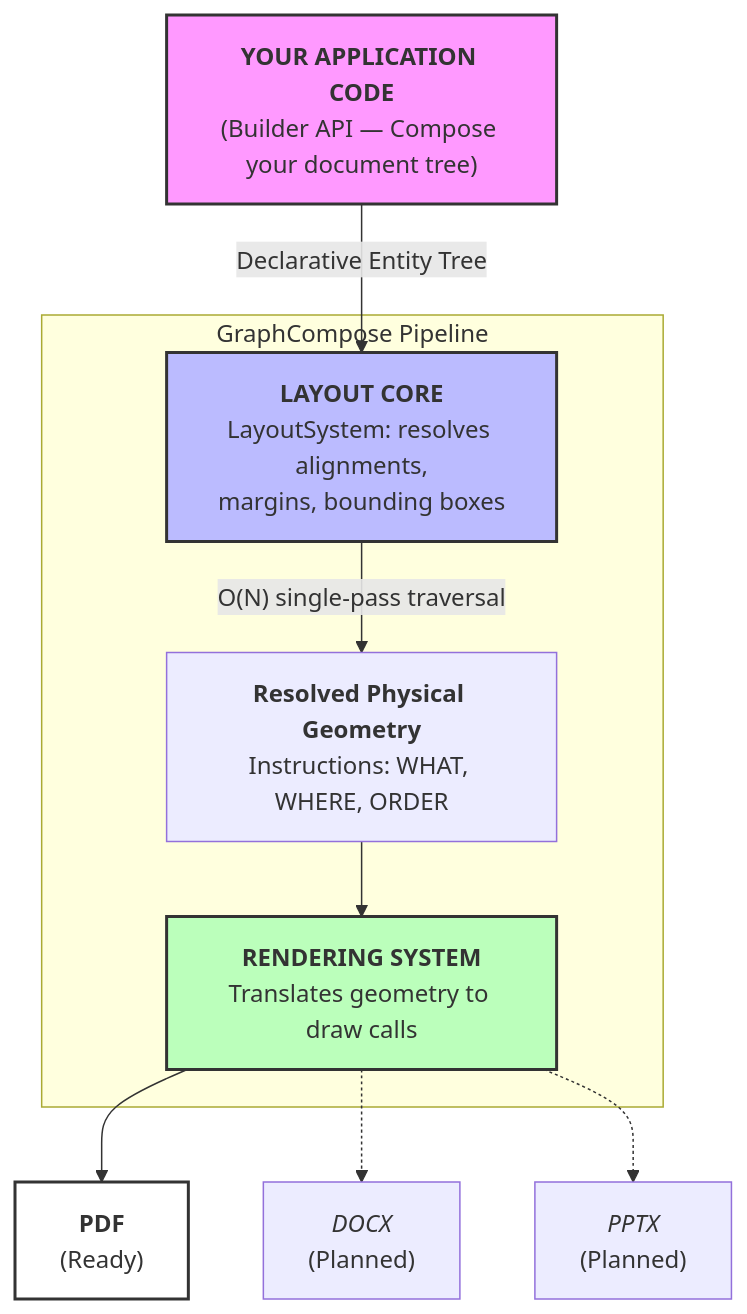
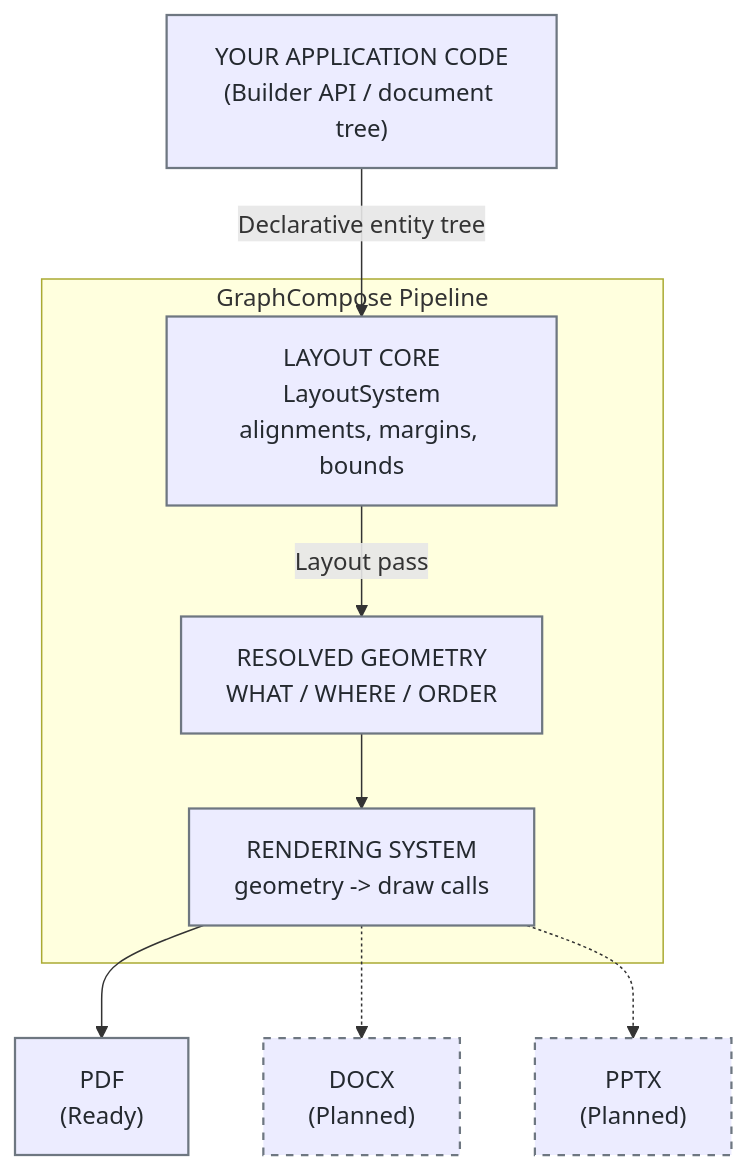
One commit to DemchaAV/GraphCompose changed the diagram in README.md. Above: the diagram before and after it, drawn with Mermaid.

Commit message:
fix Architecture

````diff
--- a/README.md
+++ b/README.md
@@ -139,29 +139,26 @@
 ```mermaid
 graph TD
-    UserCode["<b>YOUR APPLICATION CODE</b><br/>(Builder API — Compose your document tree)"]
+    UserCode["YOUR APPLICATION CODE<br/>(Builder API / document tree)"]
 
-    subgraph Core ["GraphCompose Pipeline"]
-        LayoutSystem["<b>LAYOUT CORE</b><br/>LayoutSystem: resolves alignments,<br/>margins, bounding boxes"]
-        Instructions["<b>Resolved Physical Geometry</b><br/>Instructions: WHAT, WHERE, ORDER"]
-        RenderingSystem["<b>RENDERING SYSTEM</b><br/>Translates geometry to draw calls"]
+    subgraph Core["GraphCompose Pipeline"]
+        LayoutSystem["LAYOUT CORE<br/>LayoutSystem<br/>alignments, margins, bounds"]
+        Instructions["RESOLVED GEOMETRY<br/>WHAT / WHERE / ORDER"]
+        RenderingSystem["RENDERING SYSTEM<br/>geometry -> draw calls"]
     end
 
-    PDF["<b>PDF</b><br/>(Ready)"]
-    DOCX["<i>DOCX</i><br/>(Planned)"]
-    PPTX["<i>PPTX</i><br/>(Planned)"]
+    PDF["PDF<br/>(Ready)"]
+    DOCX["DOCX<br/>(Planned)"]
+    PPTX["PPTX<br/>(Planned)"]
 
-    %% Flow with quotes to avoid parsing errors
-    UserCode -->|"Declarative Entity Tree"| LayoutSystem
-    LayoutSystem -->|"O(N) single-pass traversal"| Instructions
+    UserCode -->|"Declarative entity tree"| LayoutSystem
+    LayoutSystem -->|"Layout pass"| Instructions
     Instructions --> RenderingSystem
 
     RenderingSystem --> PDF
     RenderingSystem -.-> DOCX
     RenderingSystem -.-> PPTX
 
-    %% Styling
-    style UserCode fill:#f9f,stroke:#333,stroke-width:2px
-    style LayoutSystem fill:#bbf,stroke:#333,stroke-width:2px
-    style RenderingSystem fill:#bfb,stroke:#333,stroke-width:2px
-    style PDF fill:#fff,stroke:#333,stroke-width:2px
+    classDef default stroke:#6e7781,stroke-width:1.5px,color:#24292f;
+    classDef planned stroke:#6e7781,stroke-width:1.5px,stroke-dasharray: 5 5;
+    class DOCX,PPTX planned;
 ```
````
